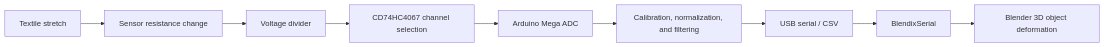
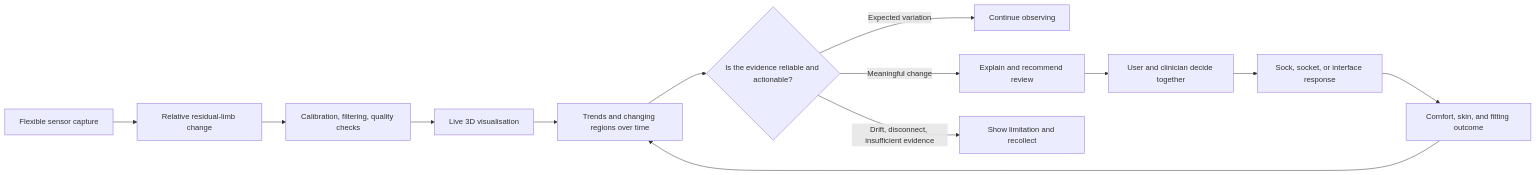
The diagram in README.md (yidan-nyd/HEXA-S), drawn with Mermaid before and after one commit. The commit also changed other lines of this file and 13 other files, not shown here.

````diff
--- a/README.md
+++ b/README.md
@@ -41,11 +49,15 @@
 ```mermaid
 flowchart LR
-    A[Textile stretch] --> B[Sensor resistance change]
-    B --> C[Voltage divider]
-    C --> D[CD74HC4067 channel selection]
-    D --> E[Arduino Mega ADC]
-    E --> F[Calibration, normalization, and filtering]
-    F --> G[USB serial / CSV]
-    G --> H[BlendixSerial]
-    H --> I[Blender 3D object deformation]
+    A[Flexible sensor capture] --> B[Relative residual-limb change]
+    B --> C[Calibration, filtering, quality checks]
+    C --> D[Live 3D visualisation]
+    D --> E[Trends and changing regions over time]
+    E --> F{Is the evidence reliable and actionable?}
+    F -->|Expected variation| G[Continue observing]
+    F -->|Meaningful change| H[Explain and recommend review]
+    F -->|Drift, disconnect, insufficient evidence| I[Show limitation and recollect]
+    H --> J[User and clinician decide together]
+    J --> K[Sock, socket, or interface response]
+    K --> L[Comfort, skin, and fitting outcome]
+    L --> E
 ```
````
